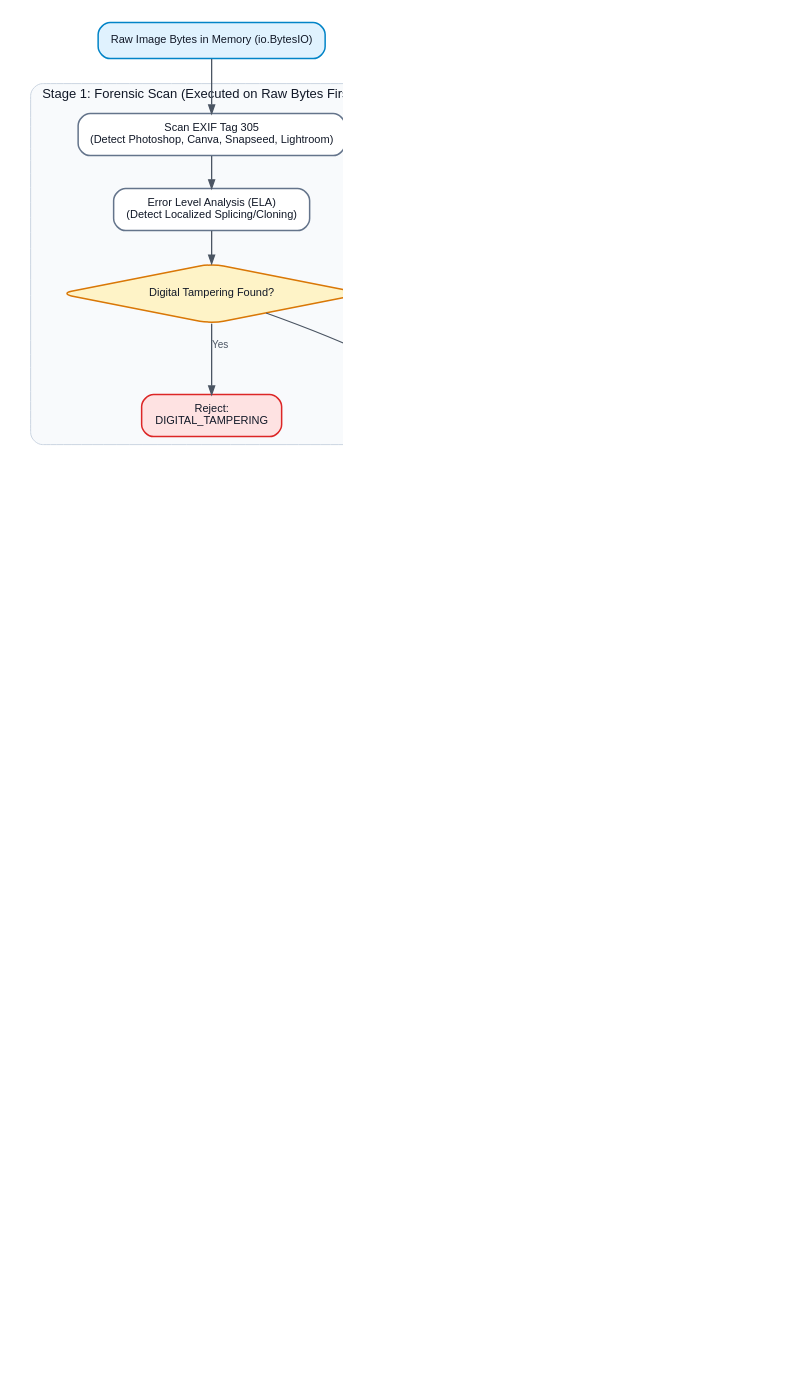
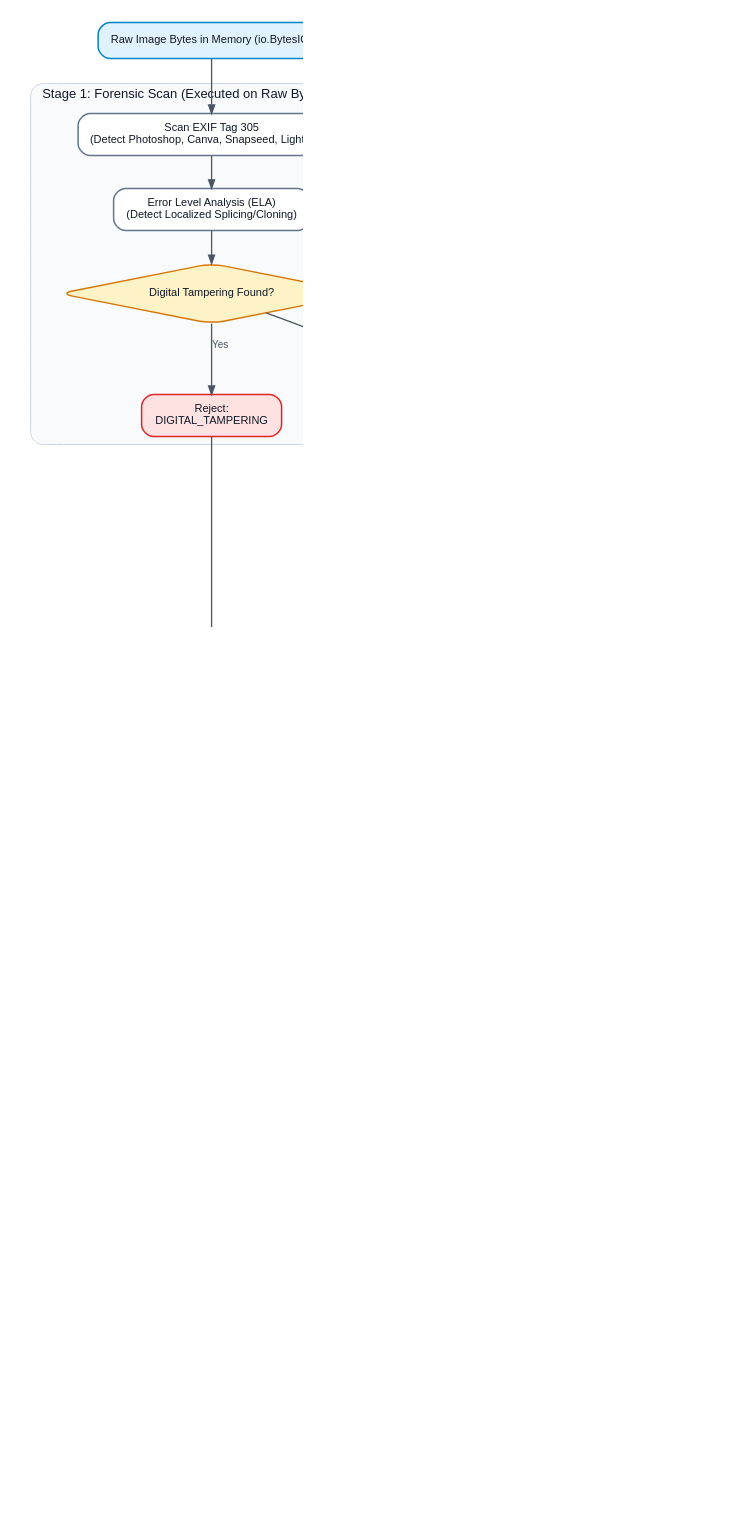
The diagram in docs/charts/dot/03_component_2_media_normalization_quality.dot (btanh3812155/survey-pipeline), drawn with Graphviz before and after one commit. The commit also changed 30 other files, not shown here.

```diff
--- a/docs/charts/dot/03_component_2_media_normalization_quality.dot
+++ b/docs/charts/dot/03_component_2_media_normalization_quality.dot
@@ -1,55 +1,61 @@
 
 digraph G {
     graph [rankdir=TB, bgcolor="white", dpi=180, nodesep=0.35, ranksep=0.45, fontname="Helvetica, Arial, sans-serif", fontsize=13, fontcolor="#111827", pad="0.3,0.3"];
     node [fontname="Helvetica, Arial, sans-serif", fontsize=11, fontcolor="#111827", shape=box, style="rounded,filled", fillcolor="#f9fafb", color="#9ca3af", penwidth=1.5, margin="0.2,0.12"];
     edge [fontname="Helvetica, Arial, sans-serif", fontsize=10, fontcolor="#4b5563", color="#4b5563", penwidth=1.3, arrowsize=0.85];
 
     raw_in [label="Raw Image Bytes in Memory (io.BytesIO)", fillcolor="#e0f2fe", color="#0284c7"];
 
     subgraph cluster_forensic {
         label="Stage 1: Forensic Scan (Executed on Raw Bytes First!)";
         style="rounded,filled"; fillcolor="#f8fafc"; color="#cbd5e1";
         exif_scan [label="Scan EXIF Tag 305\n(Detect Photoshop, Canva, Snapseed, Lightroom)", fillcolor="#ffffff", color="#64748b"];
         ela_scan [label="Error Level Analysis (ELA)\n(Detect Localized Splicing/Cloning)", fillcolor="#ffffff", color="#64748b"];
         tamper_gate [label="Digital Tampering Found?", shape=diamond, fillcolor="#fef3c7", color="#d97706"];
         rej_tamper [label="Reject:\nDIGITAL_TAMPERING", fillcolor="#fee2e2", color="#dc2626"];
     }
 
     subgraph cluster_normalize {
         label="Stage 2: In-Memory Normalization & Bug Elimination";
         style="rounded,filled"; fillcolor="#f8fafc"; color="#cbd5e1";
         draft_scale [label="libjpeg C Draft Scaling\nim.draft('RGB', (720, 720))\n(85% RAM Reduction)", fillcolor="#ffffff", color="#64748b"];
         exif_trans [label="Pillow exif_transpose\n(Auto-Rotate Mobile Orientation)", fillcolor="#ffffff", color="#64748b"];
         purge_exif [label="Purge EXIF Metadata (exif=b'')\n(Kills Double-Rotation Bug)", fillcolor="#ffffff", color="#64748b"];
         alpha_canvas [label="White Canvas Alpha Composite\n(Kills RGBA/P Blackout Bug)", fillcolor="#ffffff", color="#64748b"];
         webp_enc [label="Lanczos Dual-Bound WebP Encoding\n(Short <= 720, Long <= 2160, Ratio <= 6)\n(Quality 82, ~49KB Payload)", fillcolor="#ffffff", color="#64748b"];
     }
 
     subgraph cluster_quality {
         label="Stage 3: Physical Quality & Exposure Pre-Filters";
         style="rounded,filled"; fillcolor="#f8fafc"; color="#cbd5e1";
         blur_gate [label="OpenCV Laplacian Blur Check\n(Variance >= 100.0)", shape=diamond, fillcolor="#fef3c7", color="#d97706"];
         rej_blur [label="Reject:\nIMAGE_TOO_BLURRY", fillcolor="#fee2e2", color="#dc2626"];
         is_screen [label="Digital UI Screenshot Check\n(is_digital_screenshot)", shape=diamond, fillcolor="#fef3c7", color="#d97706"];
         exempt_screen [label="EXEMPT From Exposure Checks\n(Dark Mode & Light Themes 100% Safe)", fillcolor="#dcfce7", color="#16a34a"];
         p95_check [label="Physical Photo: 95th Percentile\np95 Peak Brightness < 35?", shape=diamond, fillcolor="#fef3c7", color="#d97706"];
         rej_dark [label="Reject:\nIMAGE_TOO_DARK", fillcolor="#fee2e2", color="#dc2626"];
         glare_check [label="Specular Glare Check\n(Flash Halo Destroys Text Edges?)", shape=diamond, fillcolor="#fef3c7", color="#d97706"];
         rej_glare [label="Reject:\nSPECULAR_GLARE", fillcolor="#fee2e2", color="#dc2626"];
         pass_quality [label="Quality Gate PASSED\n(Hand off to Fleet Screening & AI)", fillcolor="#dcfce7", color="#16a34a"];
+        tg_reject_push_c2 [label="Route to Telegram Bot Response\n(Dispatches Rejection Notice + 1-Click Retake Deep Link)", fillcolor="#fee2e2", color="#dc2626"];
     }
+
+    rej_tamper -> tg_reject_push_c2;
+    rej_blur -> tg_reject_push_c2;
+    rej_dark -> tg_reject_push_c2;
+    rej_glare -> tg_reject_push_c2;
 
     raw_in -> exif_scan -> ela_scan -> tamper_gate;
     tamper_gate -> rej_tamper [label="Yes"];
     tamper_gate -> draft_scale [label="No (Clean)"];
     draft_scale -> exif_trans -> purge_exif -> alpha_canvas -> webp_enc -> blur_gate;
     blur_gate -> rej_blur [label="Variance < 100"];
     blur_gate -> is_screen [label="Sharp (Variance >= 100)"];
     is_screen -> exempt_screen [label="Yes (App Screenshot)"];
     exempt_screen -> pass_quality;
     is_screen -> p95_check [label="No (Camera Shot)"];
     p95_check -> rej_dark [label="p95 < 35 (Pitch Black)"];
     p95_check -> glare_check [label="p95 >= 35"];
     glare_check -> rej_glare [label="Text Obliterated"];
     glare_check -> pass_quality [label="Text Sharp & Legible"];
 }
```
